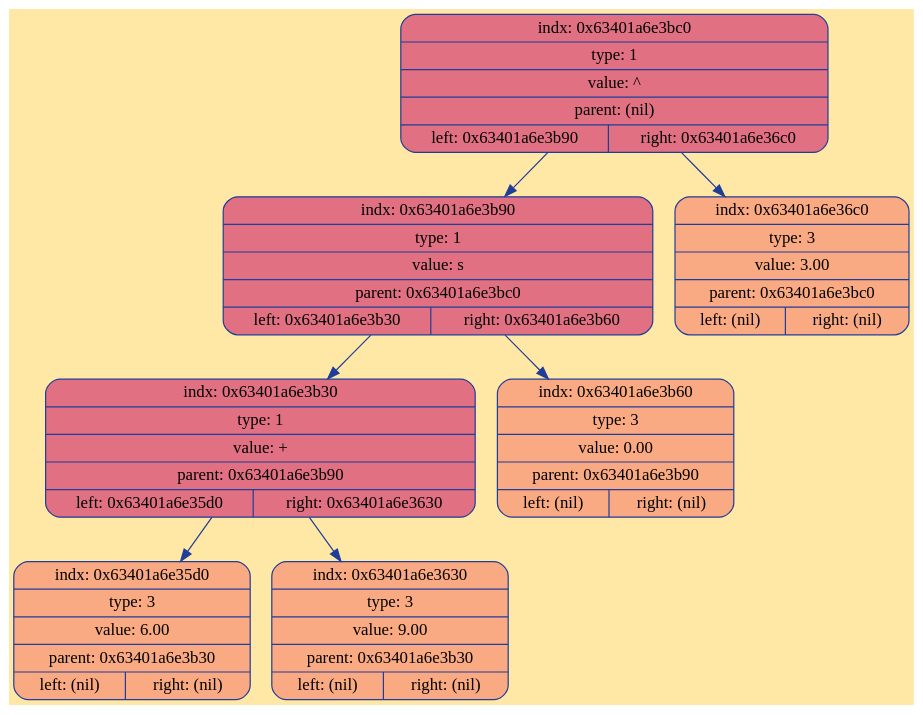
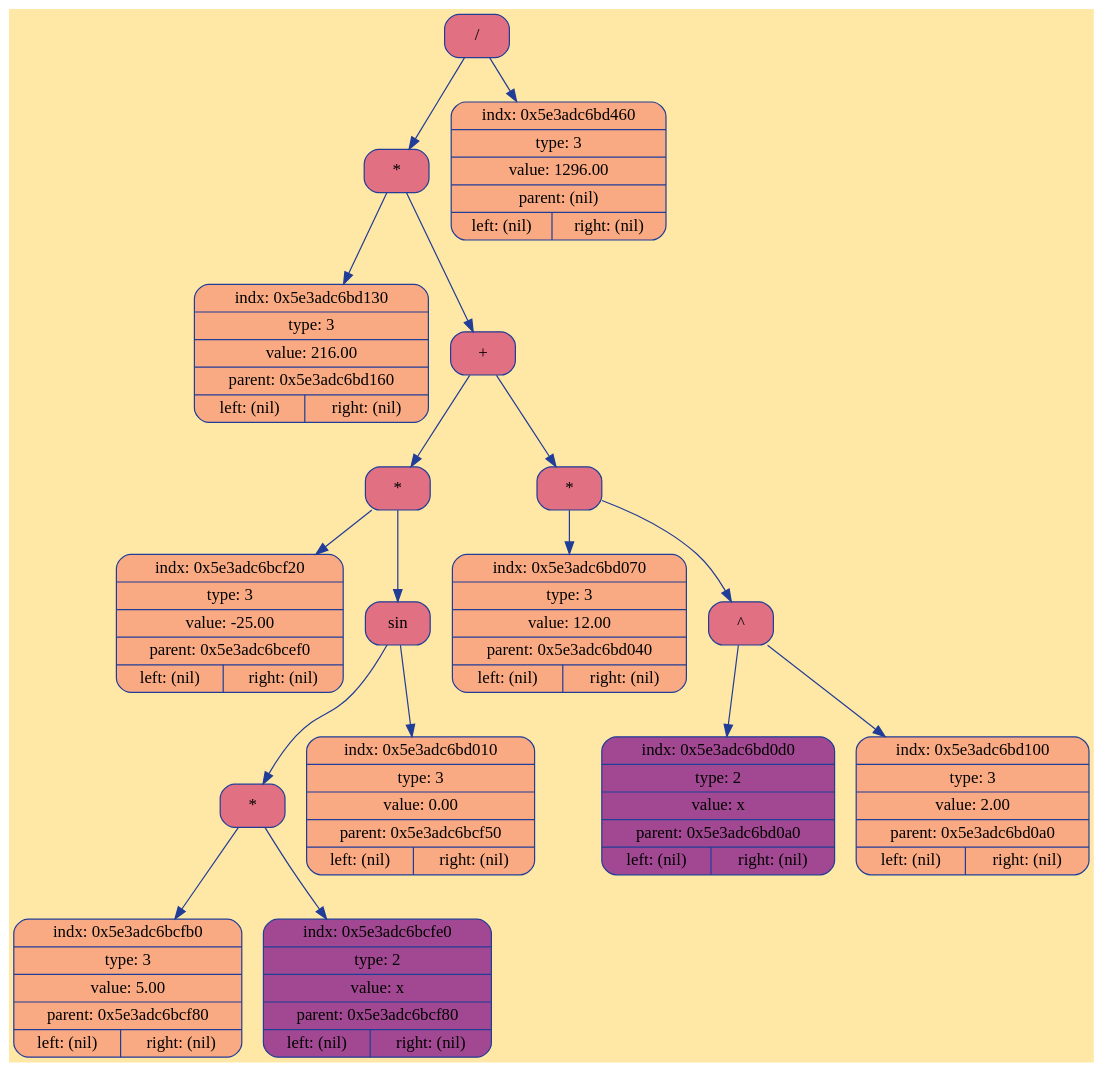
The diagram in debug/tree.dot (ksshkh/differentiator), drawn with Graphviz before and after one commit. The commit also changed 24 other files, not shown here.

```diff
--- a/debug/tree.dot
+++ b/debug/tree.dot
@@ -1,19 +1,39 @@
 digraph Tree {
 	rankdir = TB;
 	node [shape = record];
 	edge [color = "#203D98"];
 	bgcolor = "#FFE7A5";
-	node0x63401a6e3bc0 [color = "#203D98", shape = Mrecord, style = filled, fillcolor = "#E07082", label = "{indx: 0x63401a6e3bc0 | type: 1 | value: ^ | parent: (nil) | { left: 0x63401a6e3b90 | right: 0x63401a6e36c0}}"];
-		node0x63401a6e3bc0 -> node0x63401a6e3b90
-	node0x63401a6e3b90 [color = "#203D98", shape = Mrecord, style = filled, fillcolor = "#E07082", label = "{indx: 0x63401a6e3b90 | type: 1 | value: s | parent: 0x63401a6e3bc0 | { left: 0x63401a6e3b30 | right: 0x63401a6e3b60}}"];
-		node0x63401a6e3b90 -> node0x63401a6e3b30
-	node0x63401a6e3b30 [color = "#203D98", shape = Mrecord, style = filled, fillcolor = "#E07082", label = "{indx: 0x63401a6e3b30 | type: 1 | value: + | parent: 0x63401a6e3b90 | { left: 0x63401a6e35d0 | right: 0x63401a6e3630}}"];
-		node0x63401a6e3b30 -> node0x63401a6e35d0
-	node0x63401a6e35d0 [color = "#203D98", shape = Mrecord, style = filled, fillcolor = "#FAAA82", label = "{indx: 0x63401a6e35d0 | type: 3 | value: 6.00 | parent: 0x63401a6e3b30 | { left: (nil) | right: (nil)}}"];
-		node0x63401a6e3b30 -> node0x63401a6e3630
-	node0x63401a6e3630 [color = "#203D98", shape = Mrecord, style = filled, fillcolor = "#FAAA82", label = "{indx: 0x63401a6e3630 | type: 3 | value: 9.00 | parent: 0x63401a6e3b30 | { left: (nil) | right: (nil)}}"];
-		node0x63401a6e3b90 -> node0x63401a6e3b60
-	node0x63401a6e3b60 [color = "#203D98", shape = Mrecord, style = filled, fillcolor = "#FAAA82", label = "{indx: 0x63401a6e3b60 | type: 3 | value: 0.00 | parent: 0x63401a6e3b90 | { left: (nil) | right: (nil)}}"];
-		node0x63401a6e3bc0 -> node0x63401a6e36c0
-	node0x63401a6e36c0 [color = "#203D98", shape = Mrecord, style = filled, fillcolor = "#FAAA82", label = "{indx: 0x63401a6e36c0 | type: 3 | value: 3.00 | parent: 0x63401a6e3bc0 | { left: (nil) | right: (nil)}}"];
+	node0x5e3adc6bc8f0 [color = "#203D98", shape = Mrecord, style = filled, fillcolor = "#E07082", label = "{/}"];
+		node0x5e3adc6bc8f0 -> node0x5e3adc6bd160
+	node0x5e3adc6bd160 [color = "#203D98", shape = Mrecord, style = filled, fillcolor = "#E07082", label = "{*}"];
+		node0x5e3adc6bd160 -> node0x5e3adc6bd130
+	node0x5e3adc6bd130 [color = "#203D98", shape = Mrecord, style = filled, fillcolor = "#FAAA82", label = "{indx: 0x5e3adc6bd130 | type: 3 | value: 216.00 | parent: 0x5e3adc6bd160 | { left: (nil) | right: (nil)}}"];
+		node0x5e3adc6bd160 -> node0x5e3adc6bcec0
+	node0x5e3adc6bcec0 [color = "#203D98", shape = Mrecord, style = filled, fillcolor = "#E07082", label = "{+}"];
+		node0x5e3adc6bcec0 -> node0x5e3adc6bcef0
+	node0x5e3adc6bcef0 [color = "#203D98", shape = Mrecord, style = filled, fillcolor = "#E07082", label = "{*}"];
+		node0x5e3adc6bcef0 -> node0x5e3adc6bcf20
+	node0x5e3adc6bcf20 [color = "#203D98", shape = Mrecord, style = filled, fillcolor = "#FAAA82", label = "{indx: 0x5e3adc6bcf20 | type: 3 | value: -25.00 | parent: 0x5e3adc6bcef0 | { left: (nil) | right: (nil)}}"];
+		node0x5e3adc6bcef0 -> node0x5e3adc6bcf50
+	node0x5e3adc6bcf50 [color = "#203D98", shape = Mrecord, style = filled, fillcolor = "#E07082", label = "{sin}"];
+		node0x5e3adc6bcf50 -> node0x5e3adc6bcf80
+	node0x5e3adc6bcf80 [color = "#203D98", shape = Mrecord, style = filled, fillcolor = "#E07082", label = "{*}"];
+		node0x5e3adc6bcf80 -> node0x5e3adc6bcfb0
+	node0x5e3adc6bcfb0 [color = "#203D98", shape = Mrecord, style = filled, fillcolor = "#FAAA82", label = "{indx: 0x5e3adc6bcfb0 | type: 3 | value: 5.00 | parent: 0x5e3adc6bcf80 | { left: (nil) | right: (nil)}}"];
+		node0x5e3adc6bcf80 -> node0x5e3adc6bcfe0
+	node0x5e3adc6bcfe0 [color = "#203D98", shape = Mrecord, style = filled, fillcolor = "#A24892", label = "{indx: 0x5e3adc6bcfe0 | type: 2 | value: x | parent: 0x5e3adc6bcf80 | { left: (nil) | right: (nil)}}"];
+		node0x5e3adc6bcf50 -> node0x5e3adc6bd010
+	node0x5e3adc6bd010 [color = "#203D98", shape = Mrecord, style = filled, fillcolor = "#FAAA82", label = "{indx: 0x5e3adc6bd010 | type: 3 | value: 0.00 | parent: 0x5e3adc6bcf50 | { left: (nil) | right: (nil)}}"];
+		node0x5e3adc6bcec0 -> node0x5e3adc6bd040
+	node0x5e3adc6bd040 [color = "#203D98", shape = Mrecord, style = filled, fillcolor = "#E07082", label = "{*}"];
+		node0x5e3adc6bd040 -> node0x5e3adc6bd070
+	node0x5e3adc6bd070 [color = "#203D98", shape = Mrecord, style = filled, fillcolor = "#FAAA82", label = "{indx: 0x5e3adc6bd070 | type: 3 | value: 12.00 | parent: 0x5e3adc6bd040 | { left: (nil) | right: (nil)}}"];
+		node0x5e3adc6bd040 -> node0x5e3adc6bd0a0
+	node0x5e3adc6bd0a0 [color = "#203D98", shape = Mrecord, style = filled, fillcolor = "#E07082", label = "{^}"];
+		node0x5e3adc6bd0a0 -> node0x5e3adc6bd0d0
+	node0x5e3adc6bd0d0 [color = "#203D98", shape = Mrecord, style = filled, fillcolor = "#A24892", label = "{indx: 0x5e3adc6bd0d0 | type: 2 | value: x | parent: 0x5e3adc6bd0a0 | { left: (nil) | right: (nil)}}"];
+		node0x5e3adc6bd0a0 -> node0x5e3adc6bd100
+	node0x5e3adc6bd100 [color = "#203D98", shape = Mrecord, style = filled, fillcolor = "#FAAA82", label = "{indx: 0x5e3adc6bd100 | type: 3 | value: 2.00 | parent: 0x5e3adc6bd0a0 | { left: (nil) | right: (nil)}}"];
+		node0x5e3adc6bc8f0 -> node0x5e3adc6bd460
+	node0x5e3adc6bd460 [color = "#203D98", shape = Mrecord, style = filled, fillcolor = "#FAAA82", label = "{indx: 0x5e3adc6bd460 | type: 3 | value: 1296.00 | parent: (nil) | { left: (nil) | right: (nil)}}"];
 }
```
